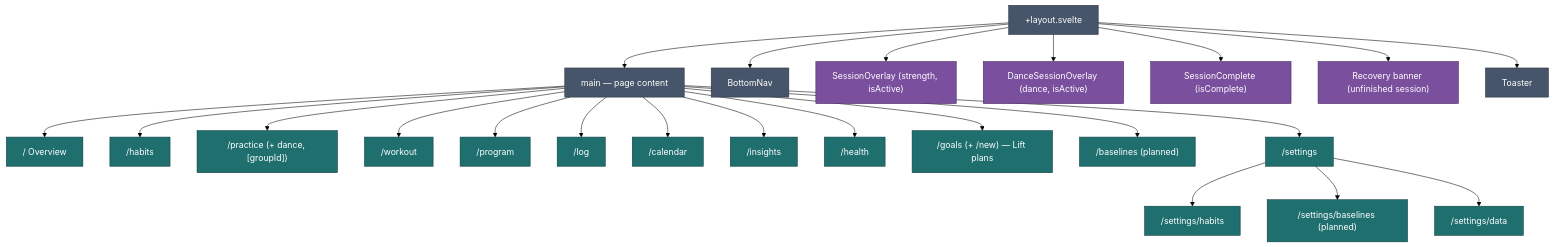
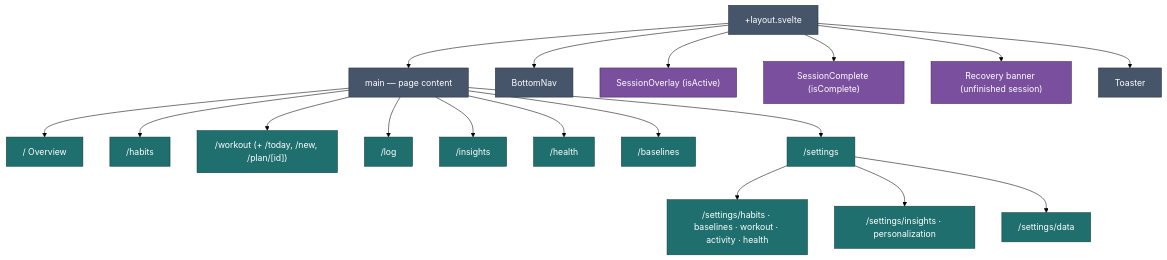
The first of 2 diagrams in docs/implementation/app-structure.md (jermbo/CosmicWorkOut), drawn with Mermaid (forest theme) before and after one commit. The commit also changed other lines of this file and 197 other files, not shown here.

````diff
--- a/docs/implementation/app-structure.md
+++ b/docs/implementation/app-structure.md
@@ -43,34 +44,29 @@
 ```mermaid
 flowchart TB
     Layout["+layout.svelte"]
     Layout --> Main["main — page content"]
     Layout --> Nav[BottomNav]
-    Layout --> Overlay["SessionOverlay (strength, isActive)"]
-    Layout --> Dance["DanceSessionOverlay (dance, isActive)"]
+    Layout --> Overlay["SessionOverlay (isActive)"]
     Layout --> Complete["SessionComplete (isComplete)"]
     Layout --> Recovery["Recovery banner (unfinished session)"]
     Layout --> Toast["Toaster"]
 
     Main --> Today["/ Overview"]
     Main --> Habits["/habits"]
-    Main --> Practice["/practice (+ dance, [groupId])"]
-    Main --> Workout["/workout"]
-    Main --> Program["/program"]
+    Main --> Workout["/workout (+ /today, /new, /plan/[id])"]
     Main --> Log["/log"]
-    Main --> Calendar["/calendar"]
     Main --> Insights["/insights"]
     Main --> Health["/health"]
-    Main --> Goals["/goals (+ /new) — Lift plans"]
-    Main --> Baselines["/baselines (planned)"]
+    Main --> Baselines["/baselines"]
     Main --> Settings["/settings"]
-    Settings --> SettingsHab["/settings/habits"]
-    Settings --> SettingsBaselines["/settings/baselines (planned)"]
+    Settings --> SettingsHab["/settings/habits · baselines · workout · activity · health"]
+    Settings --> SettingsBaselines["/settings/insights · personalization"]
     Settings --> SettingsData["/settings/data"]
 
     classDef shell fill:#465569,stroke:#28313e,color:#ffffff;
     classDef overlay fill:#7a4f9e,stroke:#46295c,color:#ffffff;
     classDef route fill:#1f6f6f,stroke:#0f3a3a,color:#ffffff;
     class Layout,Main,Nav,Toast shell;
-    class Overlay,Dance,Complete,Recovery overlay;
-    class Today,Habits,Practice,Workout,Program,Log,Calendar,Insights,Health,Goals,Baselines,Settings,SettingsHab,SettingsBaselines,SettingsData route;
+    class Overlay,Complete,Recovery overlay;
+    class Today,Habits,Workout,Log,Insights,Health,Baselines,Settings,SettingsHab,SettingsBaselines,SettingsData route;
 ```
````
